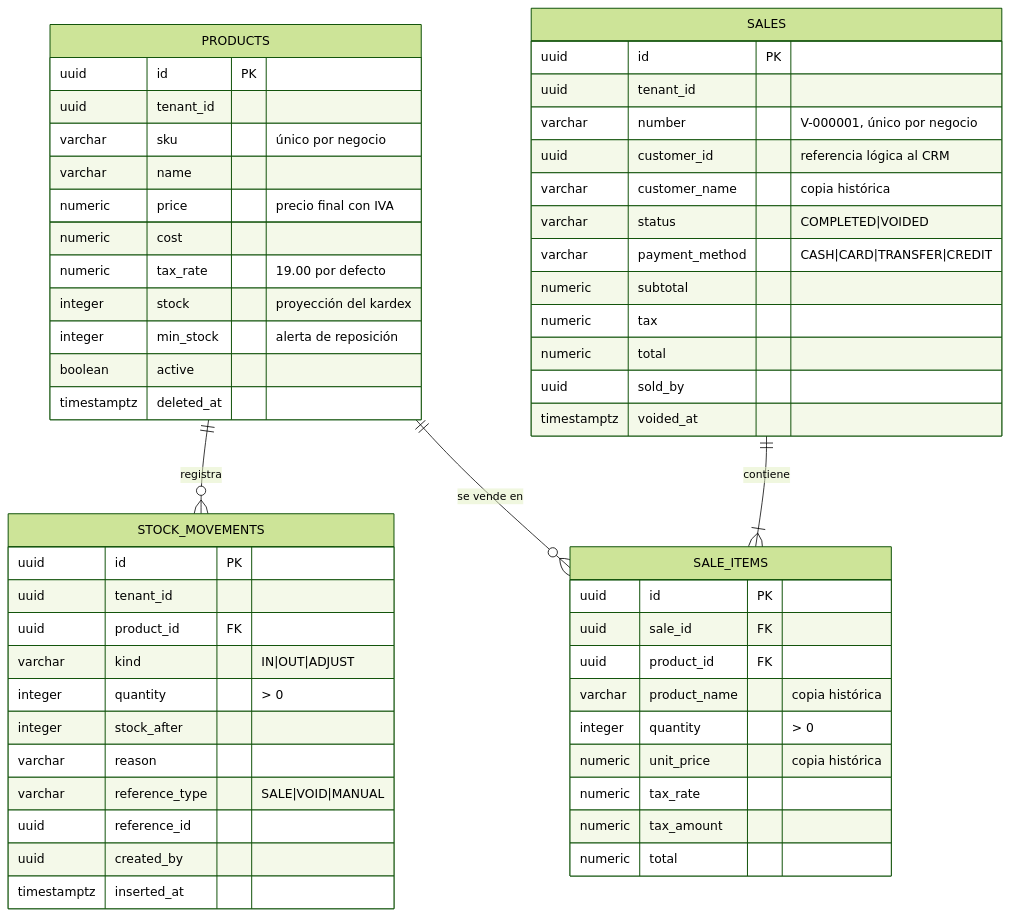
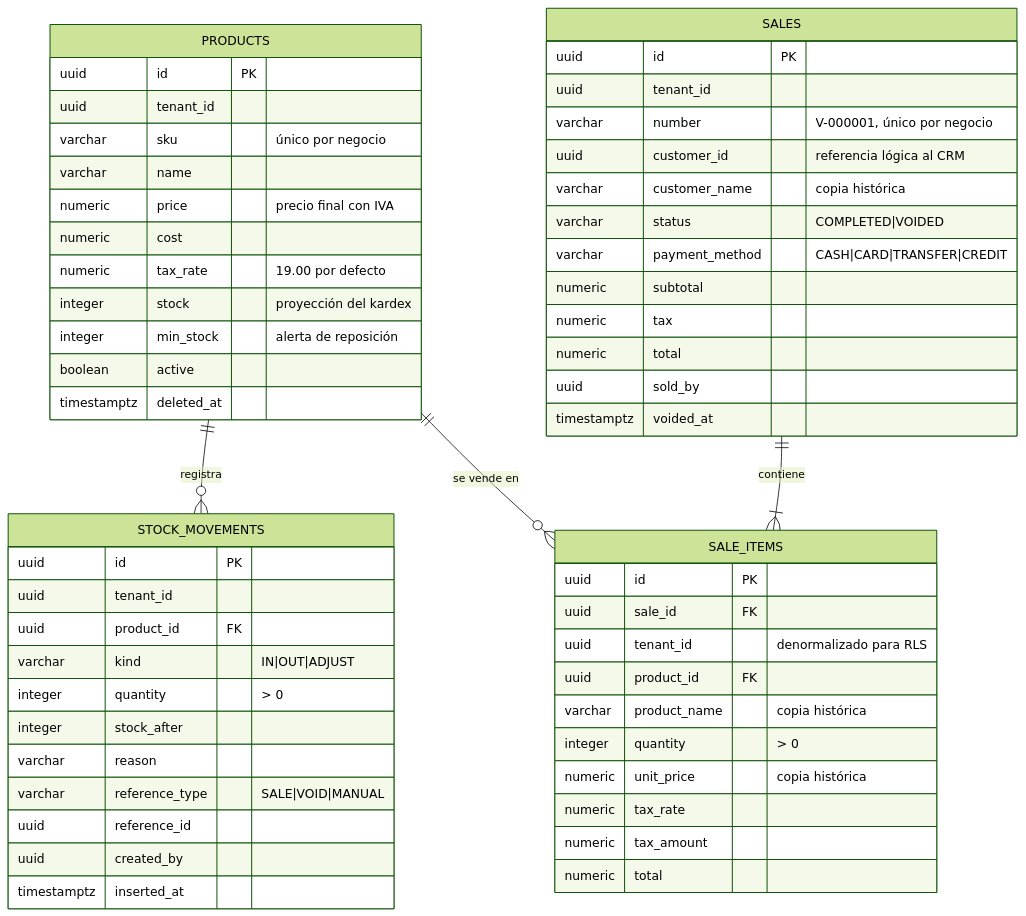
The third of 3 diagrams in 02-modelo-datos.md (NFGS/kubo-docs), drawn with Mermaid (forest theme) before and after one commit. The commit also changed other lines of this file and 17 other files, not shown here.

````diff
--- a/02-modelo-datos.md
+++ b/02-modelo-datos.md
@@ -163,58 +164,59 @@
 ```mermaid
 erDiagram
   PRODUCTS ||--o{ STOCK_MOVEMENTS : "registra"
   PRODUCTS ||--o{ SALE_ITEMS : "se vende en"
   SALES ||--|{ SALE_ITEMS : "contiene"
 
   PRODUCTS {
     uuid id PK
     uuid tenant_id
     varchar sku "único por negocio"
     varchar name
     numeric price "precio final con IVA"
     numeric cost
     numeric tax_rate "19.00 por defecto"
     integer stock "proyección del kardex"
     integer min_stock "alerta de reposición"
     boolean active
     timestamptz deleted_at
   }
   STOCK_MOVEMENTS {
     uuid id PK
     uuid tenant_id
     uuid product_id FK
     varchar kind "IN|OUT|ADJUST"
     integer quantity "> 0"
     integer stock_after
     varchar reason
     varchar reference_type "SALE|VOID|MANUAL"
     uuid reference_id
     uuid created_by
     timestamptz inserted_at
   }
   SALES {
     uuid id PK
     uuid tenant_id
     varchar number "V-000001, único por negocio"
     uuid customer_id "referencia lógica al CRM"
     varchar customer_name "copia histórica"
     varchar status "COMPLETED|VOIDED"
     varchar payment_method "CASH|CARD|TRANSFER|CREDIT"
     numeric subtotal
     numeric tax
     numeric total
     uuid sold_by
     timestamptz voided_at
   }
   SALE_ITEMS {
     uuid id PK
     uuid sale_id FK
+    uuid tenant_id "denormalizado para RLS"
     uuid product_id FK
     varchar product_name "copia histórica"
     integer quantity "> 0"
     numeric unit_price "copia histórica"
     numeric tax_rate
     numeric tax_amount
     numeric total
   }
 ```
````
